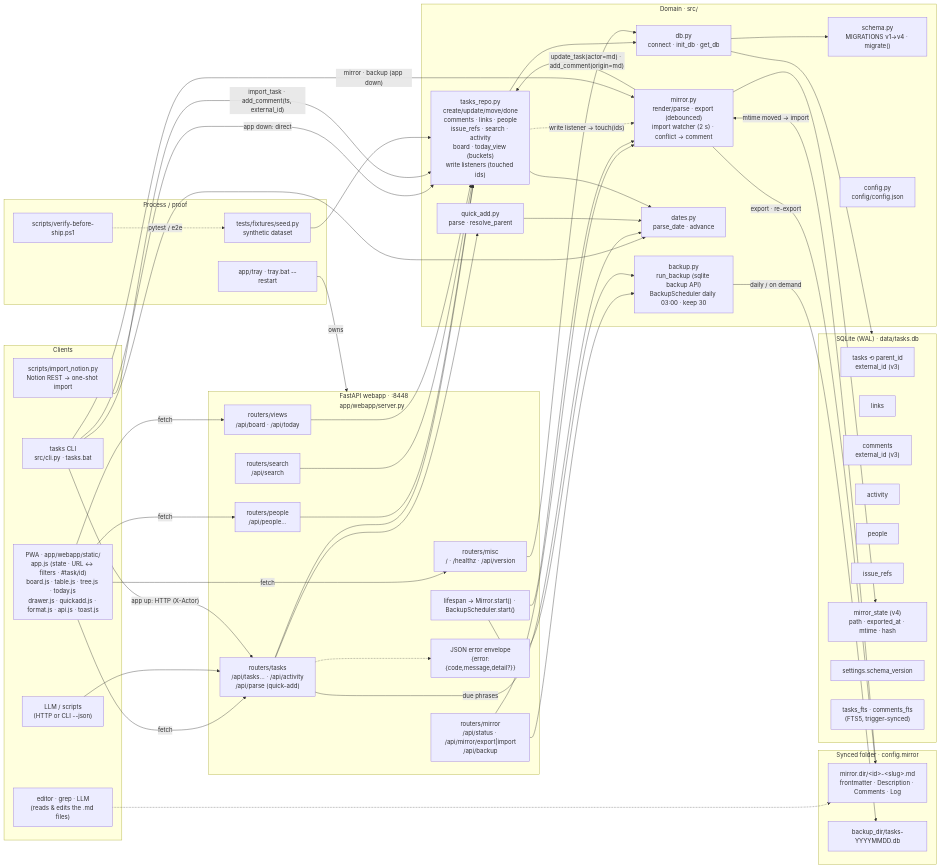
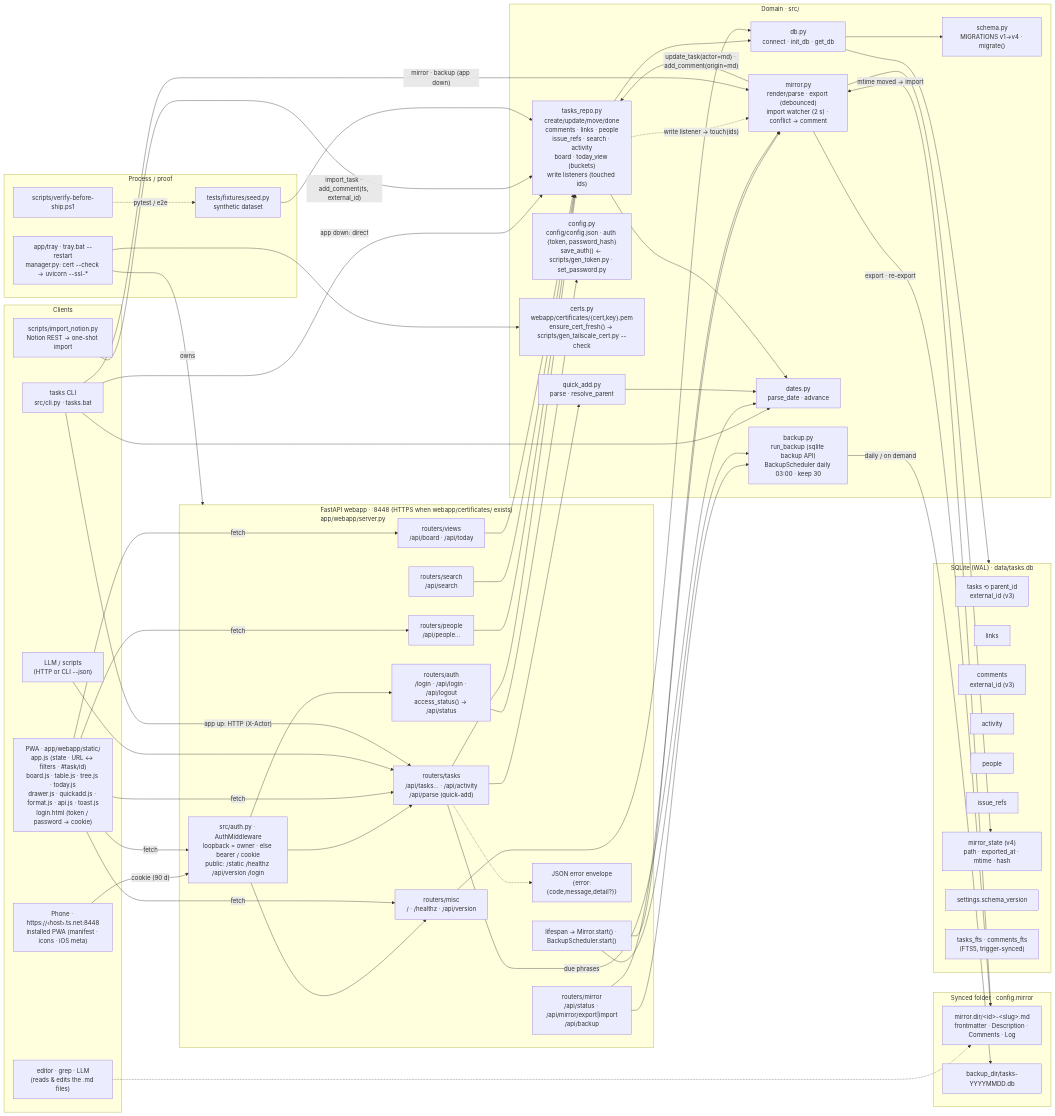
Before and after one commit to ferraroroberto/task-os: the diagram in docs/architecture.mmd, drawn with Mermaid. The commit also changed 42 other files, not shown here.

First line of the commit message:
feat: phone access — Tailscale HTTPS, token/password sign-in, PWA install (Step 7/13) (#21)

```diff
--- a/docs/architecture.mmd
+++ b/docs/architecture.mmd
@@ -1,94 +1,105 @@
 %% task-os — internal architecture (hand-authored; update in the same PR as
 %% any material structural change: a new route family, a new src module, a
 %% new client surface, a schema step). Not generated, not checked by the gate.
 flowchart LR
   subgraph clients["Clients"]
-    pwa["PWA · app/webapp/static/<br/>app.js (state · URL ↔ filters · #task/id)<br/>board.js · table.js · tree.js · today.js<br/>drawer.js · quickadd.js · format.js · api.js · toast.js"]
+    pwa["PWA · app/webapp/static/<br/>app.js (state · URL ↔ filters · #task/id)<br/>board.js · table.js · tree.js · today.js<br/>drawer.js · quickadd.js · format.js · api.js · toast.js<br/>login.html (token / password → cookie)"]
+    phone["Phone · https://‹host›.ts.net:8448<br/>installed PWA (manifest · icons · iOS meta)"]
     cli["tasks CLI<br/>src/cli.py · tasks.bat"]
     llm["LLM / scripts<br/>(HTTP or CLI --json)"]
     notion["scripts/import_notion.py<br/>Notion REST → one-shot import"]
     editor["editor · grep · LLM<br/>(reads & edits the .md files)"]
   end
 
-  subgraph webapp["FastAPI webapp · :8448<br/>app/webapp/server.py"]
+  subgraph webapp["FastAPI webapp · :8448 (HTTPS when webapp/certificates/ exists)<br/>app/webapp/server.py"]
+    authmw["src/auth.py · AuthMiddleware<br/>loopback = owner · else bearer / cookie<br/>public: /static /healthz /api/version /login"]
     misc["routers/misc<br/>/ · /healthz · /api/version"]
+    authr["routers/auth<br/>/login · /api/login · /api/logout<br/>access_status() → /api/status"]
     tasksr["routers/tasks<br/>/api/tasks… · /api/activity<br/>/api/parse (quick-add)"]
     peopler["routers/people<br/>/api/people…"]
     searchr["routers/search<br/>/api/search"]
     viewsr["routers/views<br/>/api/board · /api/today"]
     mirrorr["routers/mirror<br/>/api/status · /api/mirror/export|import<br/>/api/backup"]
     errors["JSON error envelope<br/>{error:{code,message,detail?}}"]
     lifespan["lifespan → Mirror.start() · BackupScheduler.start()"]
   end
 
   subgraph domain["Domain · src/"]
     repo["tasks_repo.py<br/>create/update/move/done<br/>comments · links · people<br/>issue_refs · search · activity<br/>board · today_view (buckets)<br/>write listeners (touched ids)"]
     mirror["mirror.py<br/>render/parse · export (debounced)<br/>import watcher (2 s) · conflict → comment"]
     backup["backup.py<br/>run_backup (sqlite backup API)<br/>BackupScheduler daily 03:00 · keep 30"]
     dates["dates.py<br/>parse_date · advance"]
     qa["quick_add.py<br/>parse · resolve_parent"]
     schema["schema.py<br/>MIGRATIONS v1→v4 · migrate()"]
     db["db.py<br/>connect · init_db · get_db"]
-    config["config.py<br/>config/config.json"]
+    config["config.py<br/>config/config.json · auth {token, password_hash}<br/>save_auth() ← scripts/gen_token.py · set_password.py"]
+    certs["certs.py<br/>webapp/certificates/{cert,key}.pem<br/>ensure_cert_fresh() → scripts/gen_tailscale_cert.py --check"]
   end
 
   subgraph storage["SQLite (WAL) · data/tasks.db"]
     t["tasks ⟲ parent_id<br/>external_id (v3)"]
     l["links"]
     c["comments<br/>external_id (v3)"]
     a["activity"]
     p["people"]
     i["issue_refs"]
     ms["mirror_state (v4)<br/>path · exported_at · mtime · hash"]
     s["settings.schema_version"]
     fts["tasks_fts · comments_fts<br/>(FTS5, trigger-synced)"]
   end
 
   subgraph files["Synced folder · config.mirror"]
     mdfiles["mirror.dir/&lt;id&gt;-&lt;slug&gt;.md<br/>frontmatter · Description · Comments · Log"]
     bakfiles["backup_dir/tasks-YYYYMMDD.db"]
   end
 
   subgraph ops["Process / proof"]
-    tray["app/tray · tray.bat --restart"]
+    tray["app/tray · tray.bat --restart<br/>manager.py: cert --check → uvicorn --ssl-*"]
     gate["scripts/verify-before-ship.ps1"]
     seed["tests/fixtures/seed.py<br/>synthetic dataset"]
   end
 
+  phone -->|"cookie (90 d)"| authmw
+  pwa -->|fetch| authmw
+  authmw --> misc
+  authmw --> authr
+  authmw --> tasksr
+  authr --> config
   pwa -->|fetch| misc
   pwa -->|fetch| tasksr
   pwa -->|fetch| peopler
   pwa -->|fetch| viewsr
   llm --> tasksr
   cli -->|"app up: HTTP (X-Actor)"| tasksr
   cli -->|"app down: direct"| repo
   notion -->|"import_task · add_comment(ts, external_id)"| repo
   cli --> dates
   tasksr --> repo
   tasksr --> qa
   tasksr -->|"due phrases"| dates
   qa --> dates
   peopler --> repo
   searchr --> repo
   viewsr --> repo
   mirrorr --> mirror
   mirrorr --> backup
   lifespan --> mirror
   lifespan --> backup
   repo -.->|"write listener → touch(ids)"| mirror
   mirror -->|"update_task(actor=md) · add_comment(origin=md)"| repo
   mirror -->|"export · re-export"| mdfiles
   mdfiles -->|"mtime moved → import"| mirror
   editor -.-> mdfiles
   mirror --> ms
   backup -->|"daily / on demand"| bakfiles
   cli -->|"mirror · backup (app down)"| mirror
   tasksr -.-> errors
   repo --> dates
   repo --> db
   db --> schema
   db --> storage
   misc --> db
   tray -->|owns| webapp
+  tray --> certs
   gate -.->|pytest / e2e| seed
   seed --> repo
```
